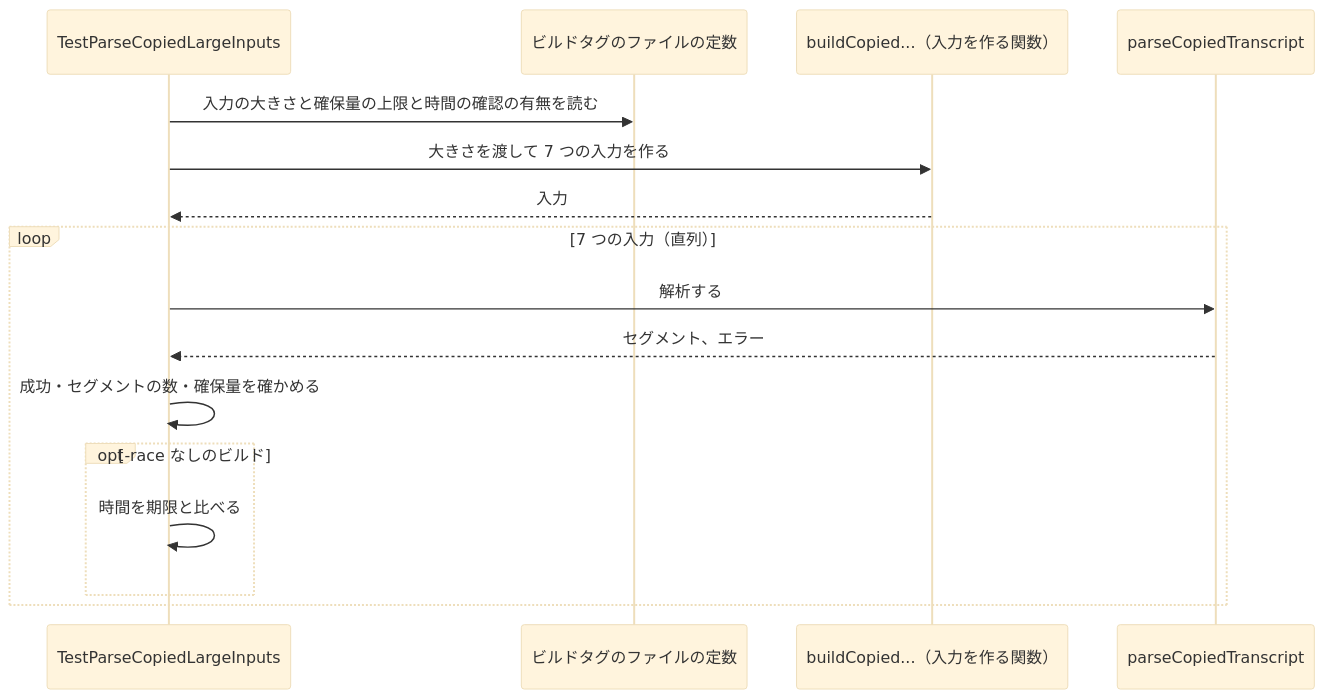
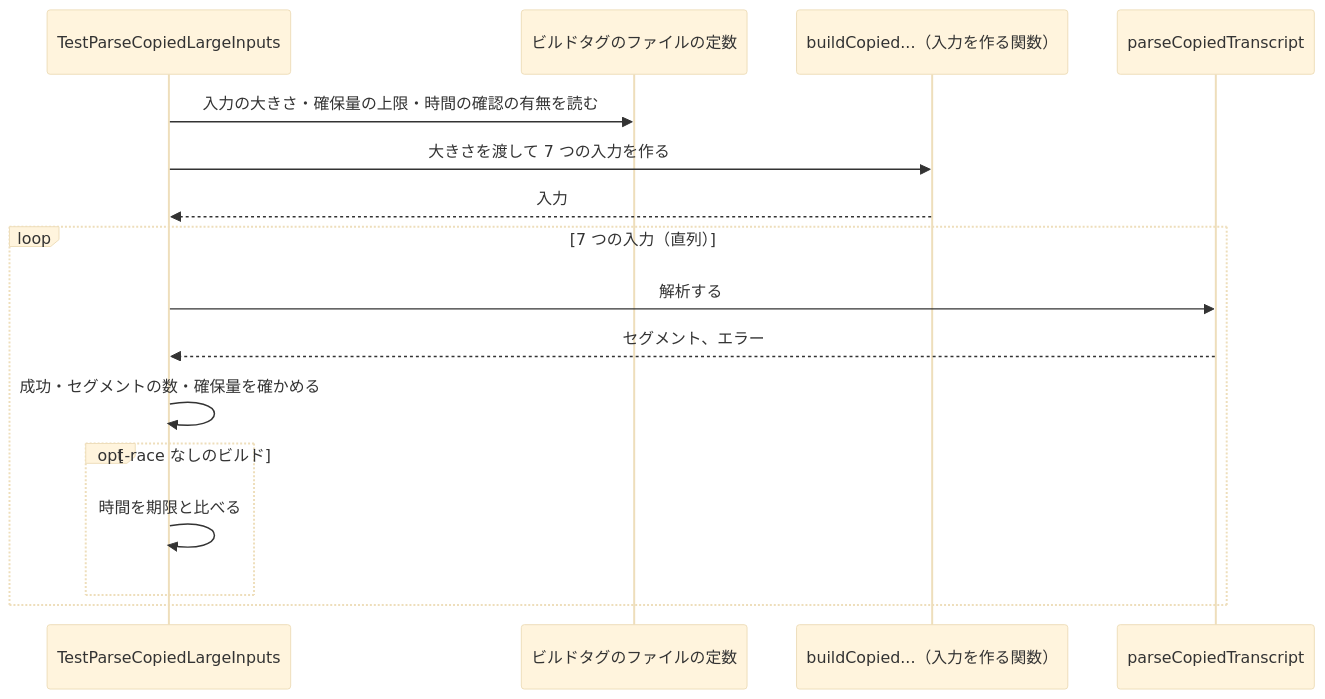
One commit to isseis/yt2column changed the third of 5 diagrams in docs/tasks/0129_race_test_speedup/02_architecture.md. Above: the diagram before and after it, drawn with Mermaid (base theme). The commit also changed other lines of this file and 1 other file, not shown here.

First line of the commit message:
docs(0129): address the architecture review and improve its prose

````diff
--- a/docs/tasks/0129_race_test_speedup/02_architecture.md
+++ b/docs/tasks/0129_race_test_speedup/02_architecture.md
@@ -208,19 +229,19 @@
 ```mermaid
 sequenceDiagram
     participant T as TestParseCopiedLargeInputs
     participant C as ビルドタグのファイルの定数
     participant B as buildCopied...（入力を作る関数）
     participant P as parseCopiedTranscript
 
-    T->>C: 入力の大きさと確保量の上限と時間の確認の有無を読む
+    T->>C: 入力の大きさ・確保量の上限・時間の確認の有無を読む
     T->>B: 大きさを渡して 7 つの入力を作る
     B-->>T: 入力
     loop 7 つの入力（直列）
         T->>P: 解析する
         P-->>T: セグメント、エラー
         T->>T: 成功・セグメントの数・確保量を確かめる
         opt -race なしのビルド
             T->>T: 時間を期限と比べる
         end
     end
 ```
````
